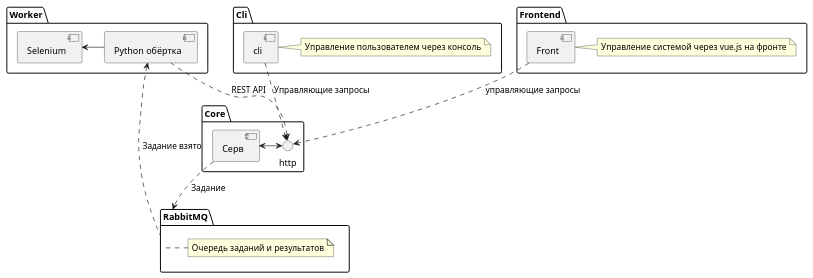
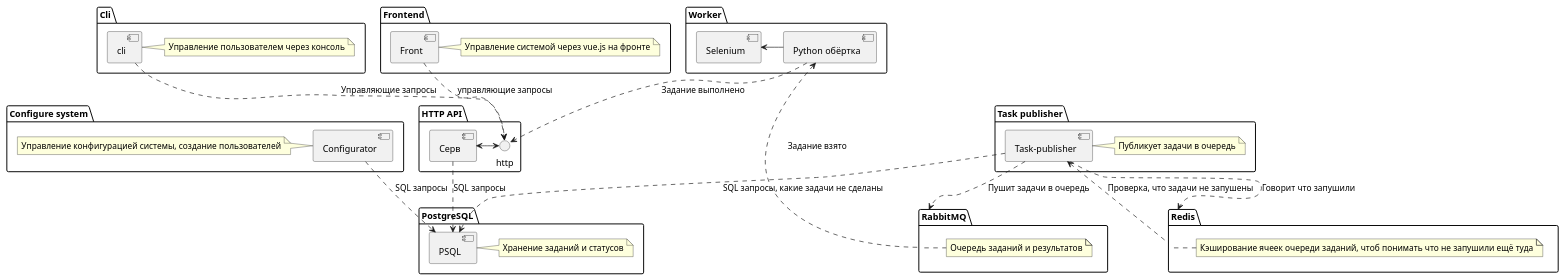
The diagram in communication.puml (nrf24l01/cp_money_contoller), drawn with PlantUML before and after one commit. The commit also changed 1 other file, not shown here.

```diff
--- a/communication.puml
+++ b/communication.puml
@@ -1,32 +1,61 @@
 @startuml Архитектура
 package "Worker" {
     [Selenium] <- [Python обёртка]
 }
 
-package "Core" {
+package "HTTP API" {
     [Серв] <-> http
-    [Python обёртка] ..> http : REST API
+    [Python обёртка] ..> http : Задание выполнено
+}
+
+package "PostgreSQL" {
+    [Серв] ..> [PSQL] : SQL запросы
+    note right of [PSQL]
+        Хранение заданий и статусов
+    end note
 }
 
 package "RabbitMQ" {
-    [Python обёртка] <.. RabbitMQ : Задание взято 
-    [Серв] ..> RabbitMQ : Задание
+    [Python обёртка] <.. RabbitMQ : Задание взято
     note right of [RabbitMQ]
         Очередь заданий и результатов
+    end note
+}
+
+package "Redis" {
+    note right of [Redis]
+        Кэширование ячеек очереди заданий, чтоб понимать что не запушили ещё туда
+    end note
+}
+
+package "Task publisher" {
+    [Task-publisher] ..> PSQL : SQL запросы, какие задачи не сделаны
+    [Task-publisher] <.. Redis : Проверка, что задачи не запушены
+    [Task-publisher] ..> RabbitMQ : Пушит задачи в очередь
+    [Task-publisher] ..> Redis : Говорит что запушили
+    note right of [Task-publisher]
+        Публикует задачи в очередь
+    end note
+}
+
+package "Configure system" {
+    [Configurator] ..> PSQL : SQL запросы
+    note left of [Configurator]
+        Управление конфигурацией системы, создание пользователей
     end note
 }
 
 package "Cli" {
     [cli] ..> http : Управляющие запросы
     note right of [cli]
         Управление пользователем через консоль
     end note
 }
 
 package "Frontend" {
     [Front] ..> http : управляющие запросы
     note right of [Front]
         Управление системой через vue.js на фронте
     end note
 }
 @enduml
```
